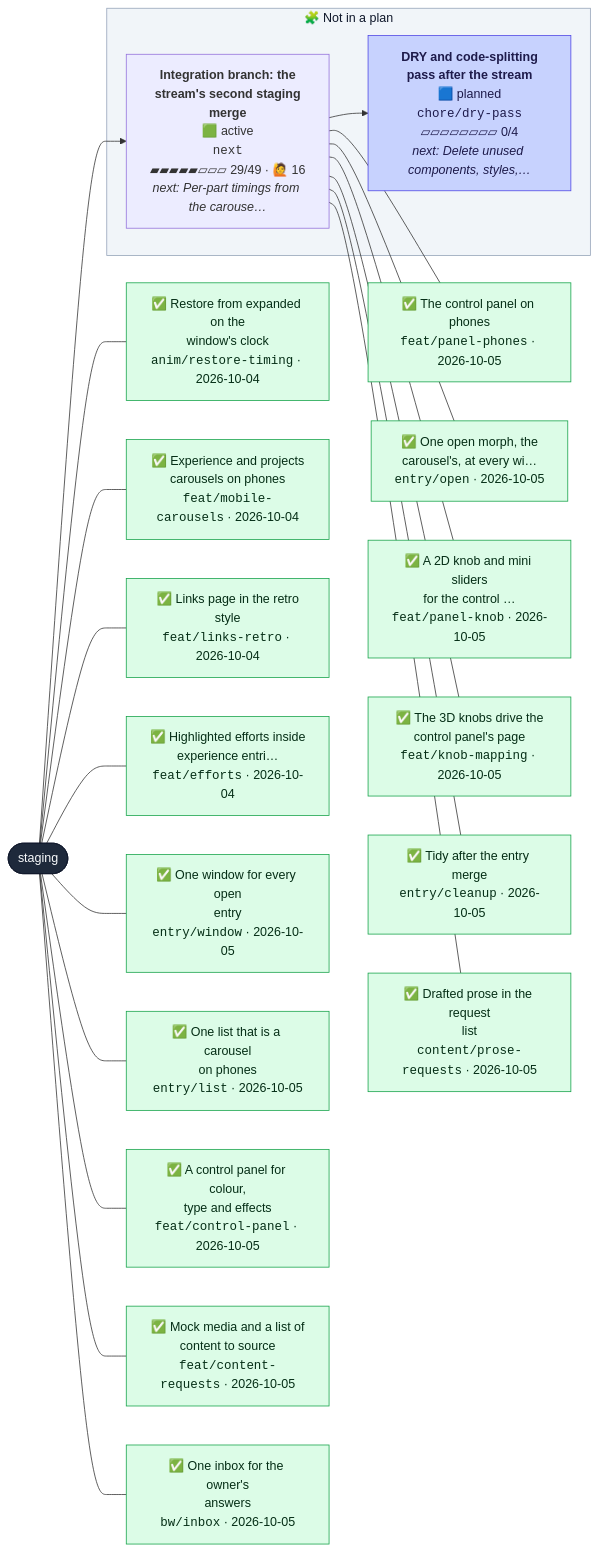
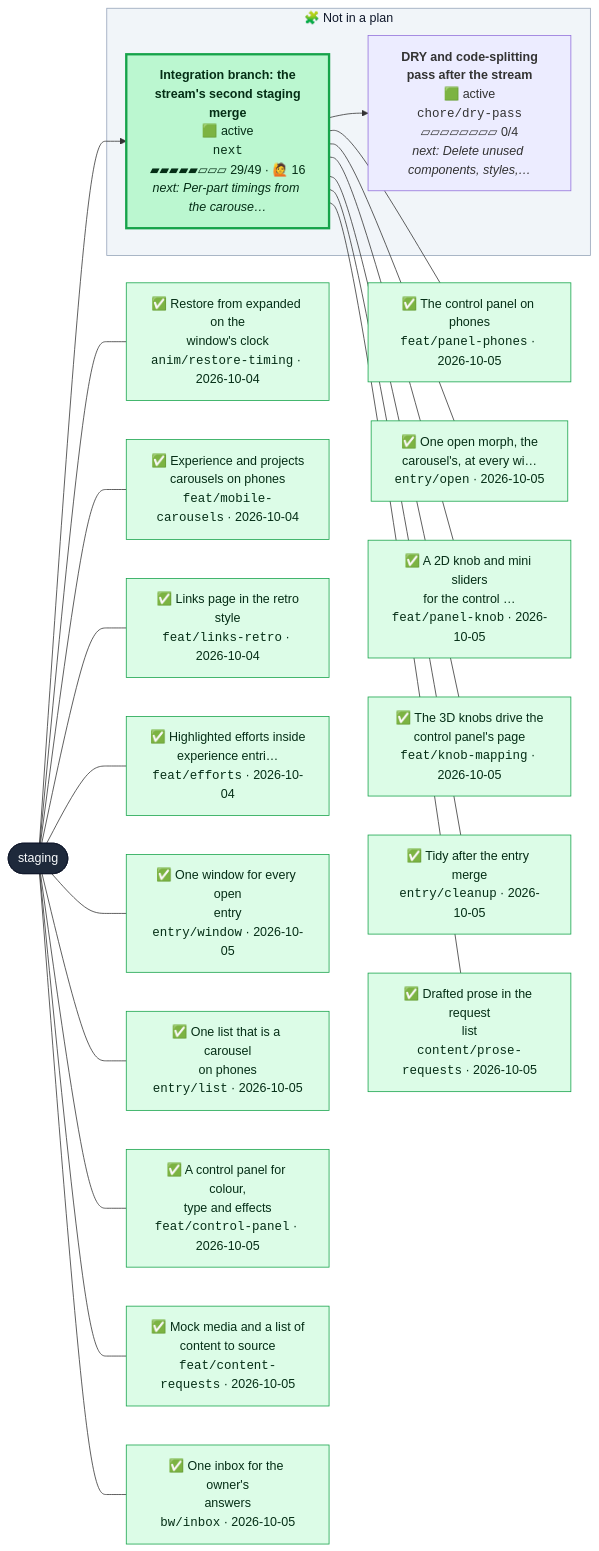
Before and after one commit to henryjonescodes/portfolio: the second of 2 diagrams in CONTRIBUTING.md, drawn with Mermaid. The commit also changed other lines of this file and 2 other files, not shown here.

````diff
--- a/CONTRIBUTING.md
+++ b/CONTRIBUTING.md
@@ -54,68 +66,68 @@
 ```mermaid
 flowchart LR
   n_staging([staging])
   class n_staging trunk
   subgraph loose["🧩 Not in a plan"]
-    n_chore_dry_pass["<b>DRY and code-splitting<br/>pass after the stream</b><br/>🟦 planned<br/><code>chore/dry-pass</code><br/>▱▱▱▱▱▱▱▱ 0/4<br/><i>next: Delete unused components, styles,…</i>"]
-    class n_chore_dry_pass planned
+    n_chore_dry_pass["<b>DRY and code-splitting<br/>pass after the stream</b><br/>🟩 active<br/><code>chore/dry-pass</code><br/>▱▱▱▱▱▱▱▱ 0/4<br/><i>next: Delete unused components, styles,…</i>"]
+    class n_chore_dry_pass active,current
     n_next["<b>Integration branch: the<br/>stream's second staging<br/>merge</b><br/>🟩 active<br/><code>next</code><br/>▰▰▰▰▰▱▱▱ 29/49 · 🙋 16<br/><i>next: Per-part timings from the carouse…</i>"]
-    class n_next active,current
+    class n_next active
   end
   style loose fill:#f1f5f9,stroke:#94a3b8,color:#0f172a
   n_next --> n_chore_dry_pass
   n_staging --> n_next
   landed_0["✅ Restore from expanded on the<br/>window's clock<br/><code>anim/restore-timing</code> · 2026-10-04"]
   class landed_0 merged
   n_staging --- landed_0
   landed_1["✅ Experience and projects<br/>carousels on phones<br/><code>feat/mobile-carousels</code> · 2026-10-04"]
   class landed_1 merged
   n_staging --- landed_1
   landed_2["✅ Links page in the retro<br/>style<br/><code>feat/links-retro</code> · 2026-10-04"]
   class landed_2 merged
   n_staging --- landed_2
   landed_3["✅ Highlighted efforts inside<br/>experience entri…<br/><code>feat/efforts</code> · 2026-10-04"]
   class landed_3 merged
   n_staging --- landed_3
   landed_4["✅ One window for every open<br/>entry<br/><code>entry/window</code> · 2026-10-05"]
   class landed_4 merged
   n_staging --- landed_4
   landed_5["✅ One list that is a carousel<br/>on phones<br/><code>entry/list</code> · 2026-10-05"]
   class landed_5 merged
   n_staging --- landed_5
   landed_6["✅ A control panel for colour,<br/>type and effects<br/><code>feat/control-panel</code> · 2026-10-05"]
   class landed_6 merged
   n_staging --- landed_6
   landed_7["✅ Mock media and a list of<br/>content to source<br/><code>feat/content-requests</code> · 2026-10-05"]
   class landed_7 merged
   n_staging --- landed_7
   landed_8["✅ One inbox for the owner's<br/>answers<br/><code>bw/inbox</code> · 2026-10-05"]
   class landed_8 merged
   n_staging --- landed_8
   landed_9["✅ The control panel on phones<br/><code>feat/panel-phones</code> · 2026-10-05"]
   class landed_9 merged
   n_next --- landed_9
   landed_10["✅ One open morph, the<br/>carousel's, at every wi…<br/><code>entry/open</code> · 2026-10-05"]
   class landed_10 merged
   n_next --- landed_10
   landed_11["✅ A 2D knob and mini sliders<br/>for the control …<br/><code>feat/panel-knob</code> · 2026-10-05"]
   class landed_11 merged
   n_next --- landed_11
   landed_12["✅ The 3D knobs drive the<br/>control panel's page<br/><code>feat/knob-mapping</code> · 2026-10-05"]
   class landed_12 merged
   n_next --- landed_12
   landed_13["✅ Tidy after the entry merge<br/><code>entry/cleanup</code> · 2026-10-05"]
   class landed_13 merged
   n_next --- landed_13
   landed_14["✅ Drafted prose in the request<br/>list<br/><code>content/prose-requests</code> · 2026-10-05"]
   class landed_14 merged
   n_next --- landed_14
   classDef merged fill:#dcfce7,stroke:#16a34a,color:#052e16
   classDef todo fill:#ffffff,stroke:#94a3b8,stroke-dasharray:2 2,color:#334155
   classDef planned fill:#c7d2fe,stroke:#4f46e5,color:#1e1b4b
   classDef sketched fill:#f8fafc,stroke:#64748b,stroke-dasharray:4 3,color:#334155
   classDef active fill:#bbf7d0,stroke:#16a34a,stroke-width:3px,color:#052e16
   classDef review fill:#fde68a,stroke:#d97706,stroke-width:3px,color:#451a03
   classDef blocked fill:#fecaca,stroke:#dc2626,stroke-width:3px,color:#450a0a
   classDef trunk fill:#1e293b,stroke:#0f172a,color:#f8fafc
   classDef current stroke:#0ea5e9,stroke-width:5px
 ```
````
